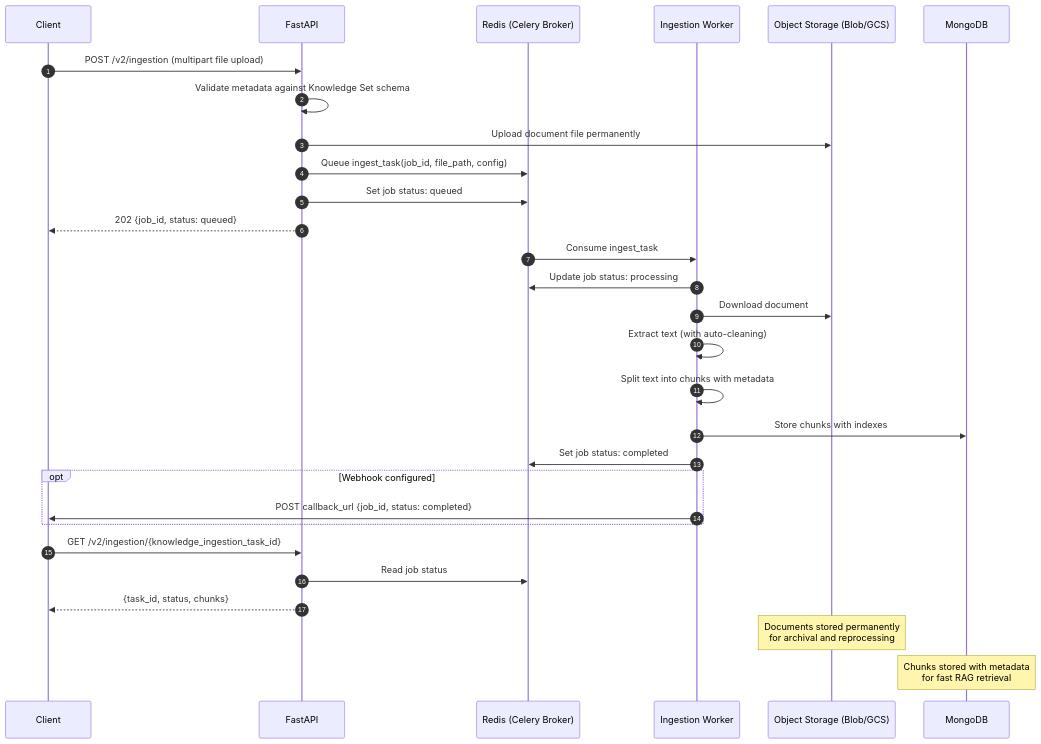
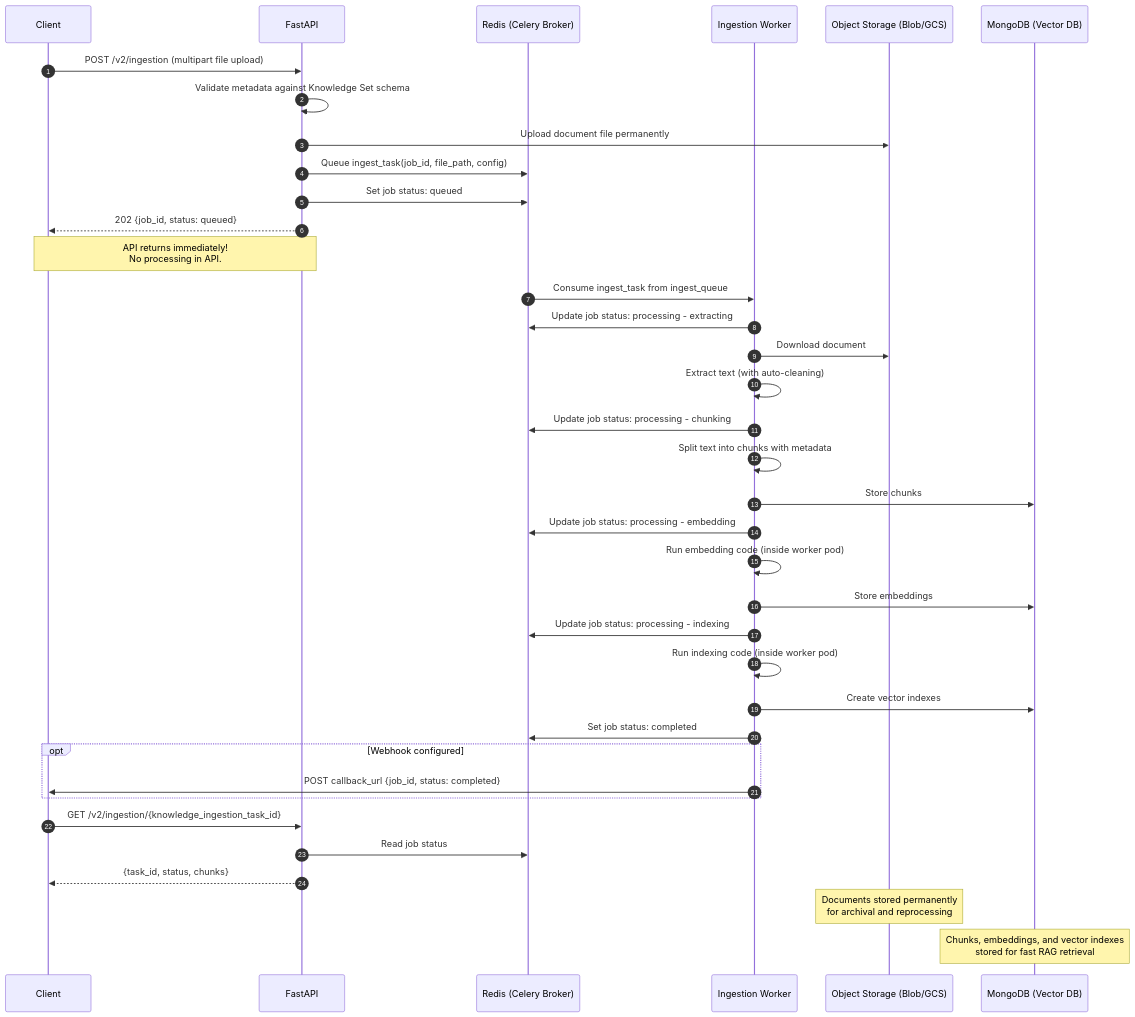
Before and after one commit to hmunjuluri05/rag-ingestion-api: the second of 2 diagrams in docs/DESIGN.md, drawn with Mermaid. The commit also changed other lines of this file and 1 other file, not shown here.

````diff
--- a/docs/DESIGN.md
+++ b/docs/DESIGN.md
@@ -131,36 +150,47 @@
 ```mermaid
 sequenceDiagram
     autonumber
     participant Client
     participant API as FastAPI
     participant Redis as Redis (Celery Broker)
     participant Worker as Ingestion Worker
     participant BlobStorage as Object Storage (Blob/GCS)
-    participant MongoDB as MongoDB
+    participant MongoDB as MongoDB (Vector DB)
 
     Client->>API: POST /v2/ingestion (multipart file upload)
     API->>API: Validate metadata against Knowledge Set schema
     API->>BlobStorage: Upload document file permanently
     API->>Redis: Queue ingest_task(job_id, file_path, config)
     API->>Redis: Set job status: queued
     API-->>Client: 202 {job_id, status: queued}
+    Note over API,Client: API returns immediately!<br/>No processing in API.
 
-    Redis->>Worker: Consume ingest_task
-    Worker->>Redis: Update job status: processing
+    Redis->>Worker: Consume ingest_task from ingest_queue
+    Worker->>Redis: Update job status: processing - extracting
     Worker->>BlobStorage: Download document
     Worker->>Worker: Extract text (with auto-cleaning)
+    Worker->>Redis: Update job status: processing - chunking
     Worker->>Worker: Split text into chunks with metadata
-    Worker->>MongoDB: Store chunks with indexes
+    Worker->>MongoDB: Store chunks
+
+    Worker->>Redis: Update job status: processing - embedding
+    Worker->>Worker: Run embedding code (inside worker pod)
+    Worker->>MongoDB: Store embeddings
+
+    Worker->>Redis: Update job status: processing - indexing
+    Worker->>Worker: Run indexing code (inside worker pod)
+    Worker->>MongoDB: Create vector indexes
+
     Worker->>Redis: Set job status: completed
 
     opt Webhook configured
         Worker->>Client: POST callback_url {job_id, status: completed}
     end
 
     Client->>API: GET /v2/ingestion/{knowledge_ingestion_task_id}
     API->>Redis: Read job status
     API-->>Client: {task_id, status, chunks}
 
     Note over BlobStorage: Documents stored permanently<br/>for archival and reprocessing
-    Note over MongoDB: Chunks stored with metadata<br/>for fast RAG retrieval
+    Note over MongoDB: Chunks, embeddings, and vector indexes<br/>stored for fast RAG retrieval
 ```
````
